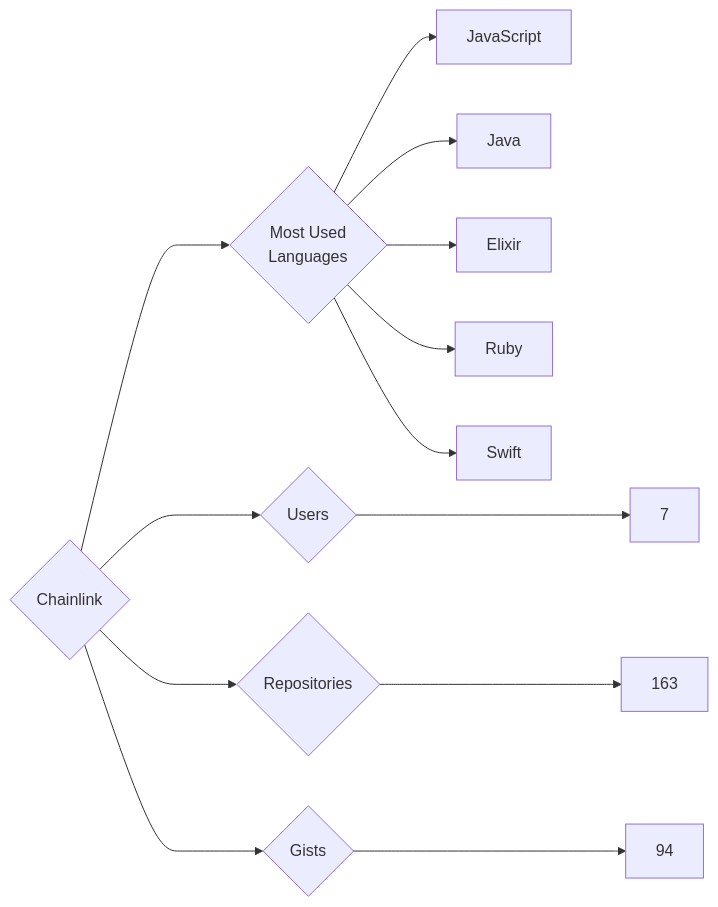
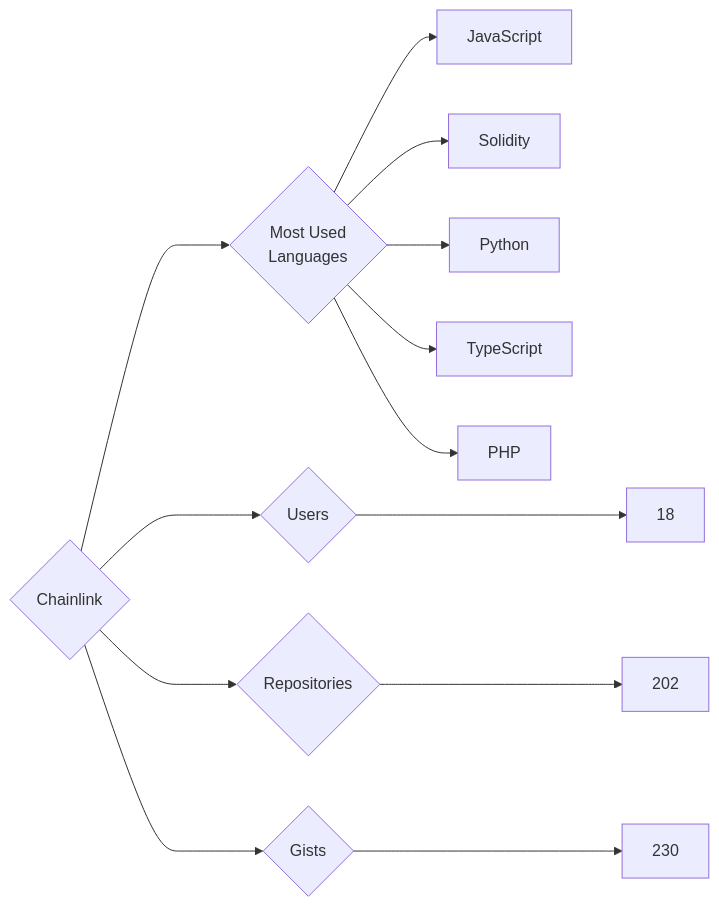
The diagram in targets/Chainlink/README.md (trickest/insiders), drawn with Mermaid before and after one commit. The commit also changed 924 other files, not shown here.

````diff
--- a/targets/Chainlink/README.md
+++ b/targets/Chainlink/README.md
@@ -3,13 +3,13 @@
 ```mermaid
 graph LR
 COMPANY_NAME{Chainlink}
-COMPANY_NAME ---> U{Users} ---> UN[7]
-COMPANY_NAME ---> R{Repositories} ---> RN[163]
-COMPANY_NAME ---> G{Gists} ---> GN[94]
+COMPANY_NAME ---> U{Users} ---> UN[18]
+COMPANY_NAME ---> R{Repositories} ---> RN[202]
+COMPANY_NAME ---> G{Gists} ---> GN[230]
 COMPANY_NAME ---> ML{Most Used<br>Languages}
 ML --> JavaScript[JavaScript]
-ML --> Java[Java]
-ML --> Elixir[Elixir]
-ML --> Ruby[Ruby]
-ML --> Swift[Swift]
+ML --> Solidity[Solidity]
+ML --> Python[Python]
+ML --> TypeScript[TypeScript]
+ML --> PHP[PHP]
 ```
````
